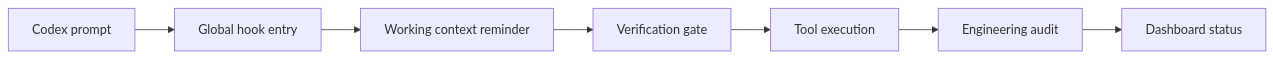
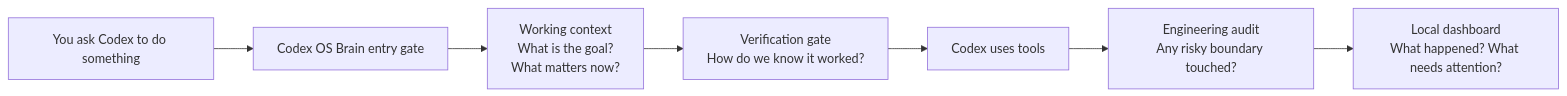
The first of 3 diagrams in README.md (liuanye9-lab/codex-os-brain), drawn with Mermaid before and after one commit. The commit also changed other lines of this file, not shown here.

````diff
--- a/README.md
+++ b/README.md
@@ -75,9 +39,9 @@
 ```mermaid
 flowchart LR
-  A["Codex prompt"] --> B["Global hook entry"]
-  B --> C["Working context reminder"]
-  C --> D["Verification gate"]
-  D --> E["Tool execution"]
-  E --> F["Engineering audit"]
-  F --> G["Dashboard status"]
+  A["You ask Codex to do something"] --> B["Codex OS Brain entry gate"]
+  B --> C["Working context\nWhat is the goal?\nWhat matters now?"]
+  C --> D["Verification gate\nHow do we know it worked?"]
+  D --> E["Codex uses tools"]
+  E --> F["Engineering audit\nAny risky boundary touched?"]
+  F --> G["Local dashboard\nWhat happened? What needs attention?"]
 ```
````
